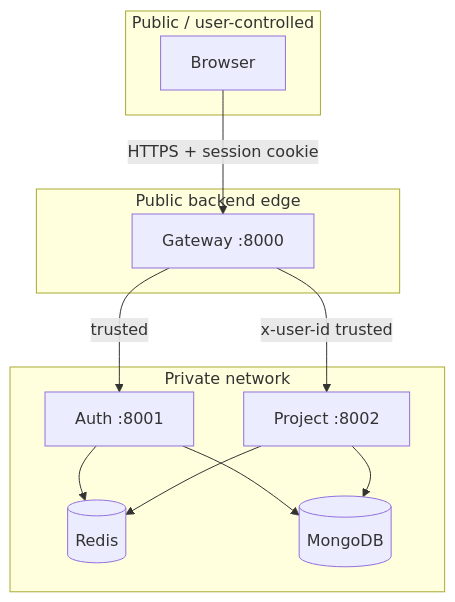
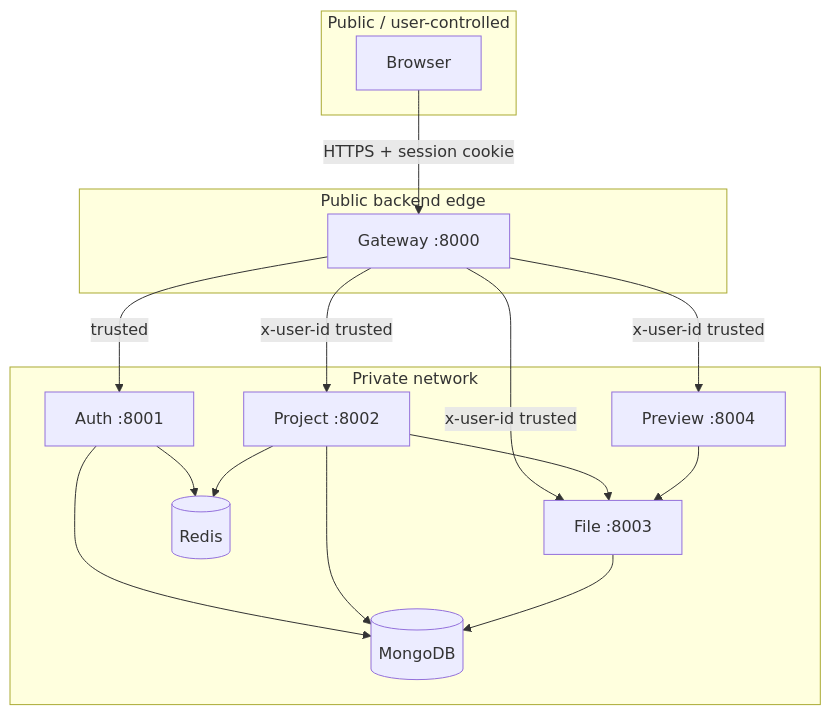
The fifth of 5 diagrams in docs/concepts/architecture.md (yamanhassan1/NexPulse), drawn with Mermaid before and after one commit. The commit also changed other lines of this file and 197 other files, not shown here.

````diff
--- a/docs/concepts/architecture.md
+++ b/docs/concepts/architecture.md
@@ -236,22 +246,29 @@
 ```mermaid
 flowchart TD
     subgraph Public["Public / user-controlled"]
         B["Browser"]
     end
     subgraph Edge["Public backend edge"]
         G["Gateway :8000"]
     end
     subgraph Private["Private network"]
         A["Auth :8001"]
         P["Project :8002"]
+        F["File :8003"]
+        V["Preview :8004"]
         R[("Redis")]
         M[("MongoDB")]
     end
     B -->|"HTTPS + session cookie"| G
     G -->|"trusted"| A
     G -->|"x-user-id trusted"| P
+    G -->|"x-user-id trusted"| F
+    G -->|"x-user-id trusted"| V
     A --> R
     A --> M
     P --> R
     P --> M
+    P --> F
+    F --> M
+    V --> F
 ```
````
